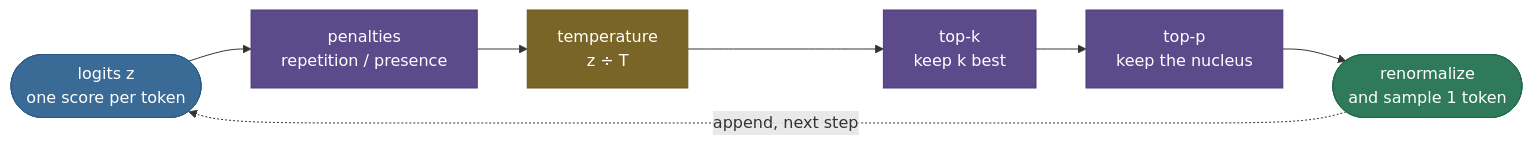
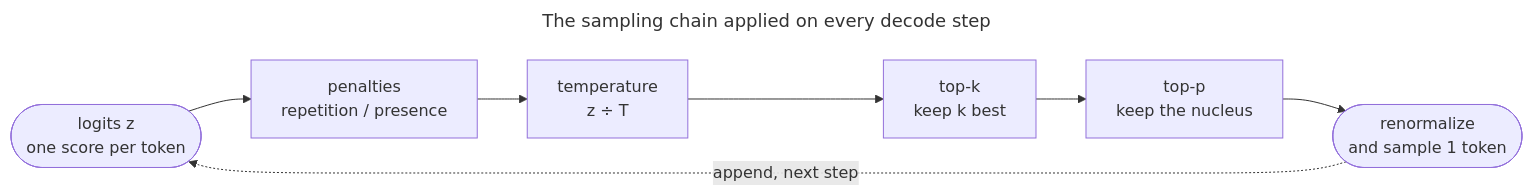
One commit to sudhir13s/ai-ml-learning-resources changed the second of 4 diagrams in inference-and-serving/decoding-and-sampling/decoding-and-sampling.md. Above: the diagram before and after it, drawn with Mermaid. The commit also changed other lines of this file, not shown here.

First line of the commit message:
docs(content): bring decoding and sampling up to the page standards

````diff
--- a/inference-and-serving/decoding-and-sampling/decoding-and-sampling.md
+++ b/inference-and-serving/decoding-and-sampling/decoding-and-sampling.md
@@ -107,14 +155,14 @@
 ```mermaid
+---
+title: The sampling chain applied on every decode step
+---
 graph LR
-    L(["logits z<br/>one score per token"]):::data --> PEN["penalties<br/>repetition / presence"]:::process
-    PEN --> T["temperature<br/>z ÷ T"]:::amber
-    T --> K["top-k<br/>keep k best"]:::process
-    K --> P["top-p<br/>keep the nucleus"]:::process
-    P --> S(["renormalize<br/>and sample 1 token"]):::out
+    L(["logits z<br/>one score per token"]) --> PEN["penalties<br/>repetition / presence"]
+    PEN --> T["temperature<br/>z ÷ T"]
+    T --> K["top-k<br/>keep k best"]
+    K --> P["top-p<br/>keep the nucleus"]
+    P --> S(["renormalize<br/>and sample 1 token"])
     S -.->|"append, next step"| L
 
-    classDef data fill:#3A6B96,stroke:#2A5B86,color:#fff
-    classDef process fill:#5D4A8A,stroke:#4D3A7A,color:#fff
-    classDef amber fill:#7A6528,stroke:#6A5518,color:#fff
-    classDef out fill:#2E7A5A,stroke:#1E6A4A,color:#fff
+    class T focus
 ```
````
